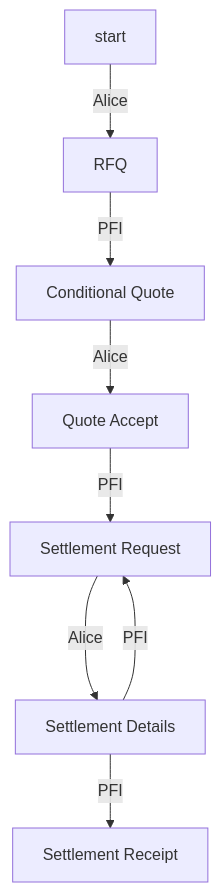
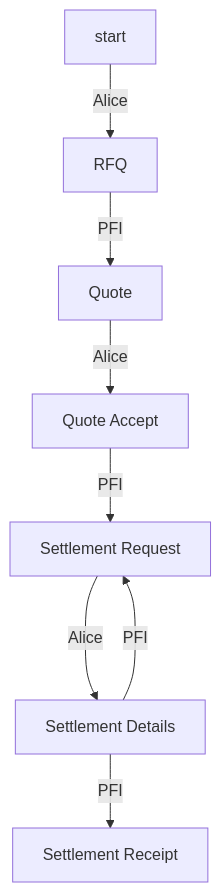
Before and after one commit to TBD54566975/tbdex: the diagram in protocol/README.md, drawn with Mermaid. The commit also changed other lines of this file, not shown here.

````diff
--- a/protocol/README.md
+++ b/protocol/README.md
@@ -100,12 +134,12 @@
 ```mermaid
 flowchart TD
     accTitle: State Machine of Message Thread
     accDescr: Possible state sequences for a message thread
     start --> |Alice| RFQ
-    RFQ --> |PFI| Quote[Conditional Quote]
+    RFQ --> |PFI| Quote[Quote]
     Quote --> |Alice| QuoteAccept[Quote Accept]
     QuoteAccept --> |PFI| SETTL_REQ[Settlement Request]
     SETTL_REQ --> |Alice| SETTL_DETAIL[Settlement Details]
     SETTL_DETAIL ---> |PFI| SETTL_REQ
     SETTL_DETAIL --> |PFI| SETTL_RECEIPT[Settlement Receipt]
 ```
````
